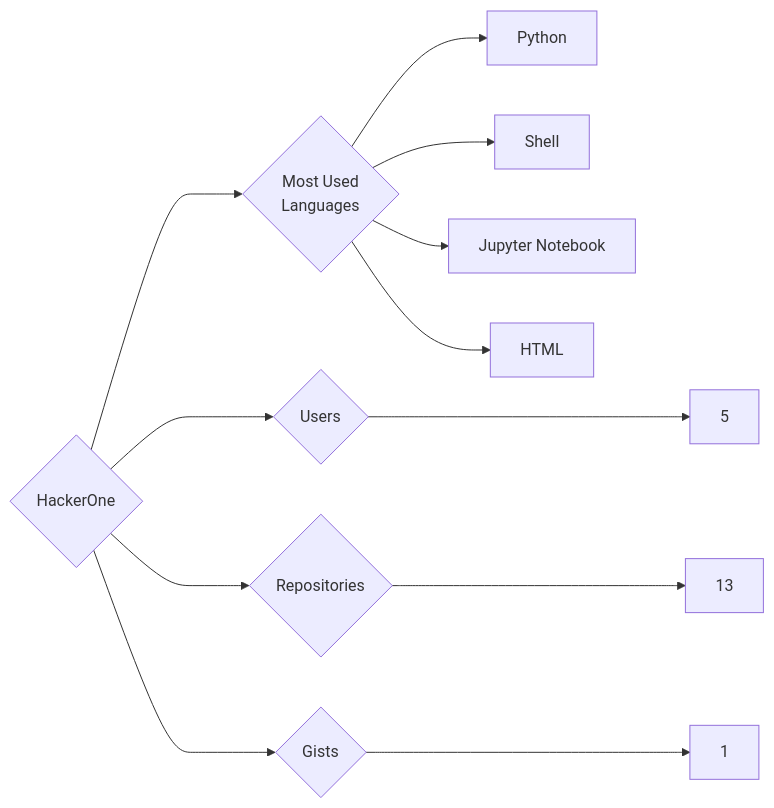
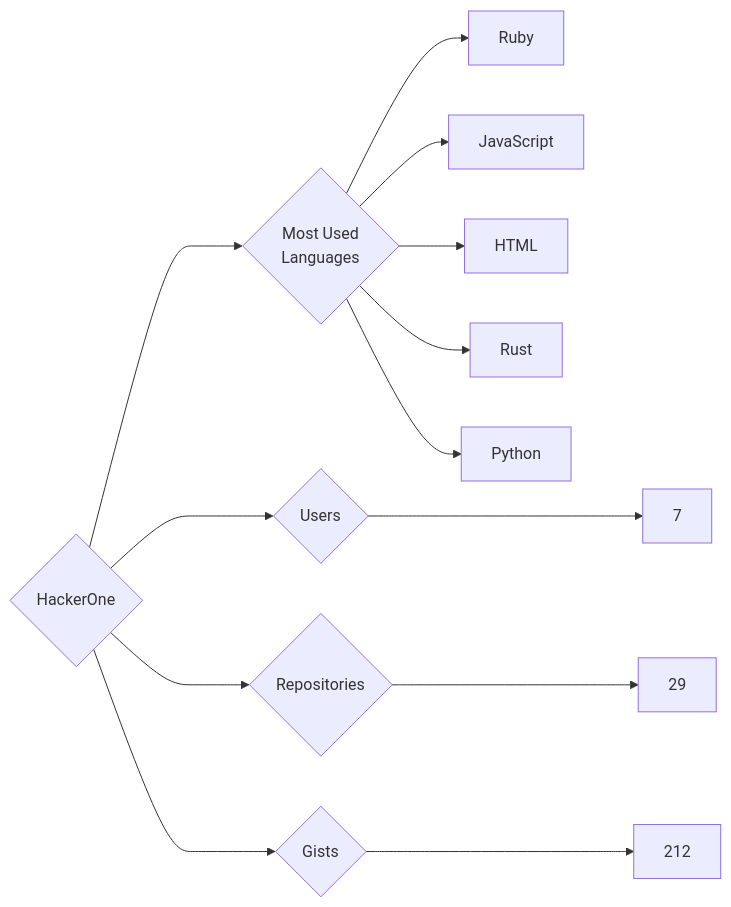
The diagram in targets/HackerOne/README.md (trickest/insiders), drawn with Mermaid before and after one commit. The commit also changed 1007 other files, not shown here.

````diff
--- a/targets/HackerOne/README.md
+++ b/targets/HackerOne/README.md
@@ -3,12 +3,13 @@
 ```mermaid
 graph LR
 COMPANY_NAME{HackerOne}
-COMPANY_NAME ---> U{Users} ---> UN[5]
-COMPANY_NAME ---> R{Repositories} ---> RN[13]
-COMPANY_NAME ---> G{Gists} ---> GN[1]
+COMPANY_NAME ---> U{Users} ---> UN[7]
+COMPANY_NAME ---> R{Repositories} ---> RN[29]
+COMPANY_NAME ---> G{Gists} ---> GN[212]
 COMPANY_NAME ---> ML{Most Used<br>Languages}
+ML --> Ruby[Ruby]
+ML --> JavaScript[JavaScript]
+ML --> HTML[HTML]
+ML --> Rust[Rust]
 ML --> Python[Python]
-ML --> Shell[Shell]
-ML --> Jupyter_Notebook[Jupyter Notebook]
-ML --> HTML[HTML]
 ```
````
